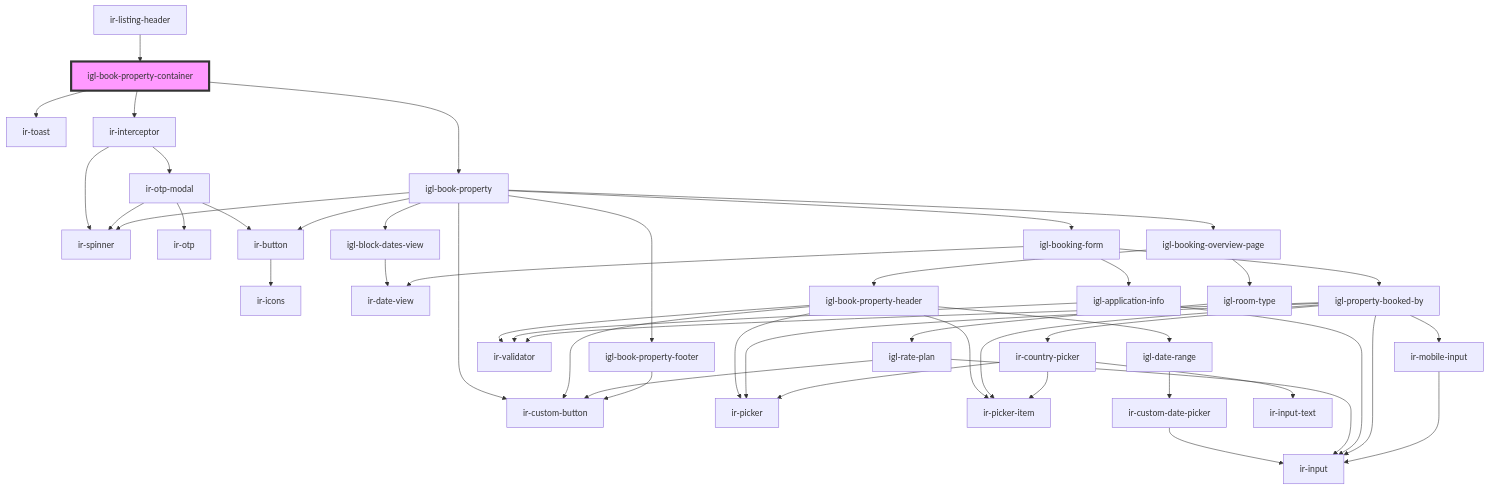
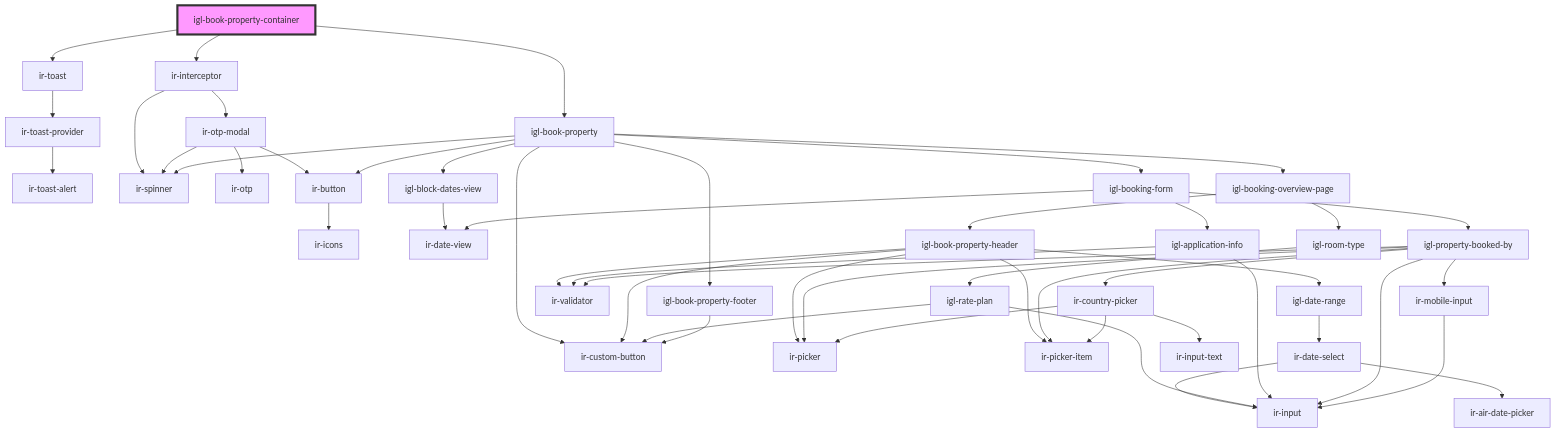
One commit to RonyRizk/ir-webcmp changed the diagram in src/components/igl-book-property-container/readme.md. Above: the diagram before and after it, drawn with Mermaid. The commit also changed other lines of this file and 235 other files, not shown here.

````diff
--- a/src/components/igl-book-property-container/readme.md
+++ b/src/components/igl-book-property-container/readme.md
@@ -41,50 +35,52 @@
 ```mermaid
 graph TD;
   igl-book-property-container --> ir-toast
   igl-book-property-container --> ir-interceptor
   igl-book-property-container --> igl-book-property
+  ir-toast --> ir-toast-provider
+  ir-toast-provider --> ir-toast-alert
   ir-interceptor --> ir-spinner
   ir-interceptor --> ir-otp-modal
   ir-otp-modal --> ir-spinner
   ir-otp-modal --> ir-otp
   ir-otp-modal --> ir-button
   ir-button --> ir-icons
   igl-book-property --> igl-block-dates-view
   igl-book-property --> ir-spinner
   igl-book-property --> ir-custom-button
   igl-book-property --> igl-booking-overview-page
   igl-book-property --> igl-booking-form
   igl-book-property --> ir-button
   igl-book-property --> igl-book-property-footer
   igl-block-dates-view --> ir-date-view
   igl-booking-overview-page --> igl-book-property-header
   igl-booking-overview-page --> igl-room-type
   igl-book-property-header --> ir-picker
   igl-book-property-header --> ir-picker-item
   igl-book-property-header --> ir-validator
   igl-book-property-header --> igl-date-range
   igl-book-property-header --> ir-custom-button
-  igl-date-range --> ir-custom-date-picker
-  ir-custom-date-picker --> ir-input
+  igl-date-range --> ir-date-select
+  ir-date-select --> ir-input
+  ir-date-select --> ir-air-date-picker
   igl-room-type --> igl-rate-plan
   igl-rate-plan --> ir-input
   igl-rate-plan --> ir-custom-button
   igl-booking-form --> ir-date-view
   igl-booking-form --> igl-application-info
   igl-booking-form --> igl-property-booked-by
   igl-application-info --> ir-validator
   igl-application-info --> ir-input
   igl-property-booked-by --> ir-picker
   igl-property-booked-by --> ir-picker-item
   igl-property-booked-by --> ir-validator
   igl-property-booked-by --> ir-input
   igl-property-booked-by --> ir-country-picker
   igl-property-booked-by --> ir-mobile-input
   ir-country-picker --> ir-picker
   ir-country-picker --> ir-picker-item
   ir-country-picker --> ir-input-text
   ir-mobile-input --> ir-input
   igl-book-property-footer --> ir-custom-button
-  ir-listing-header --> igl-book-property-container
   style igl-book-property-container fill:#f9f,stroke:#333,stroke-width:4px
 ```
````
